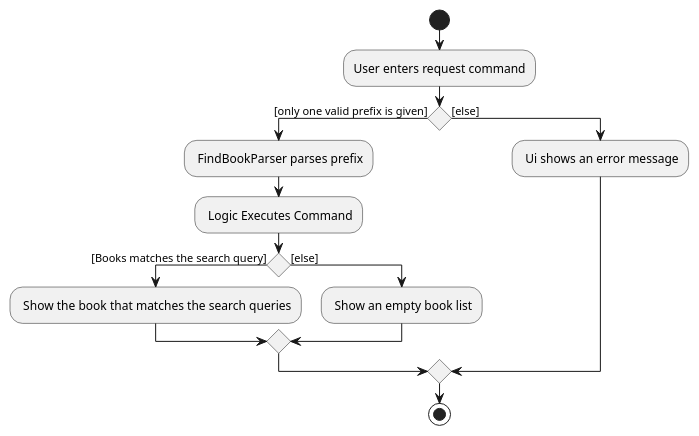
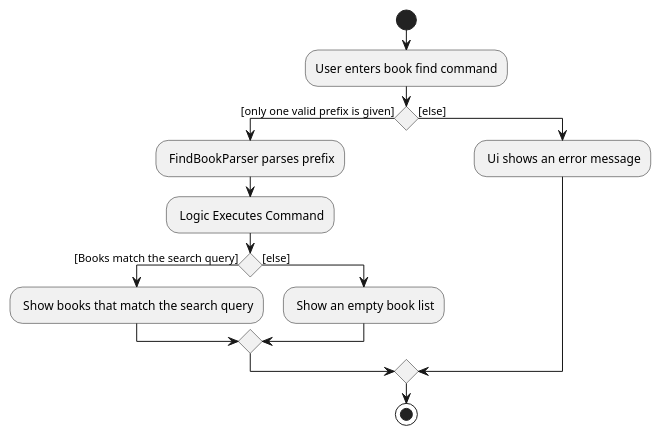
The diagram in docs/diagrams/FindBookCommandActivityDiagram.puml (yuqitanyq/tp), drawn with PlantUML before and after one commit. The commit also changed other lines of this file and 1 other file, not shown here.

```diff
--- a/docs/diagrams/FindBookCommandActivityDiagram.puml
+++ b/docs/diagrams/FindBookCommandActivityDiagram.puml
@@ -1,16 +1,16 @@
 @startuml
 start
-:User enters request command;
+:User enters book find command;
 if () then ([only one valid prefix is given])
     : FindBookParser parses prefix;
         : Logic Executes Command;
-    if () then ([Books matches the search query])
-        : Show the book that matches the search queries;
+    if () then ([Books match the search query])
+        : Show books that match the search query;
     else ([else])
         : Show an empty book list;
     endif
 else ([else])
     : Ui shows an error message;
 endif
 stop
 @enduml
```
